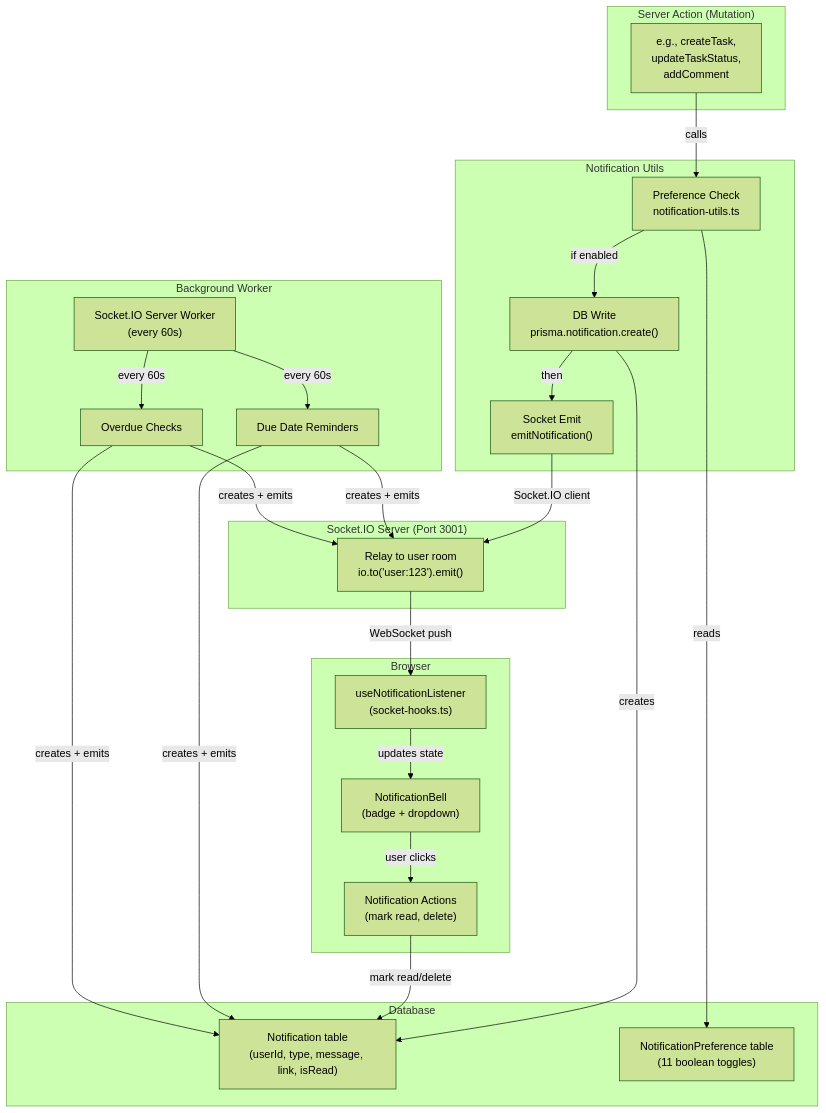
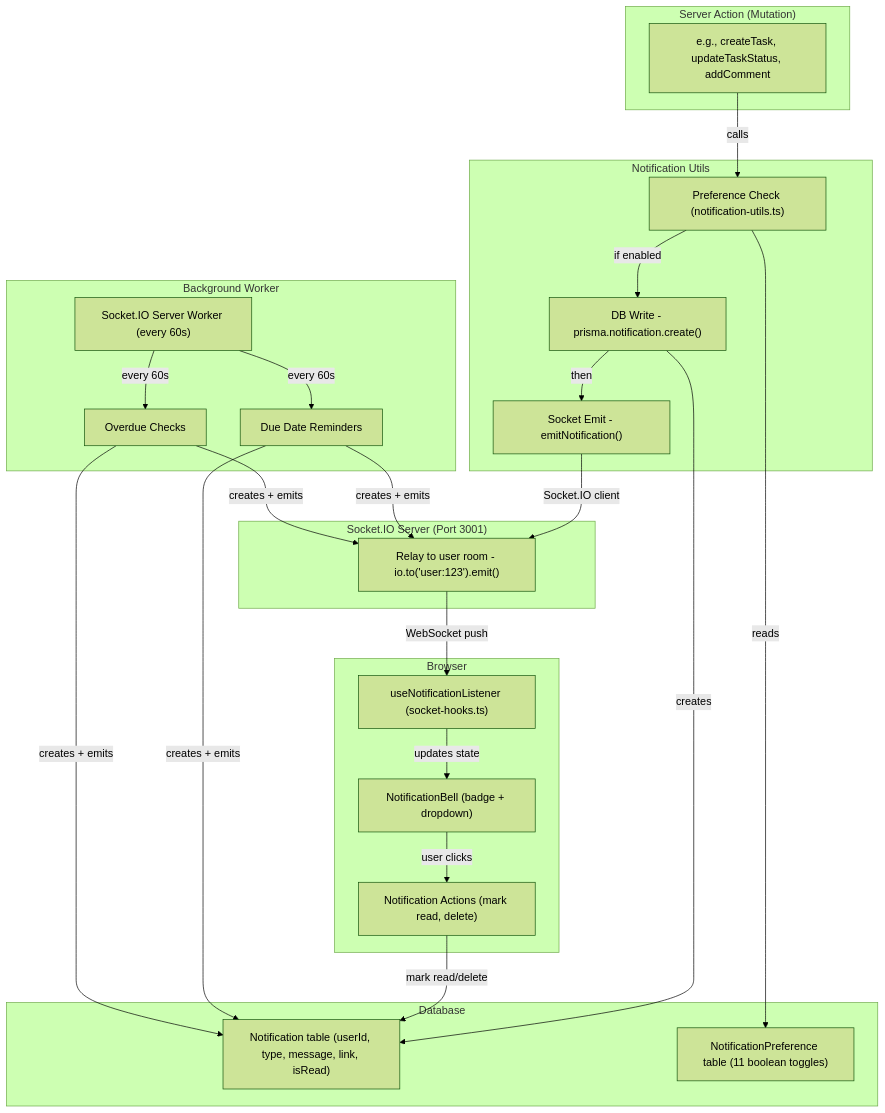
One commit to asefahmed500/Smart-Task-App_IIT_DU_Final_Project changed the first of 5 diagrams in docs/06-notification-system.md. Above: the diagram before and after it, drawn with Mermaid (forest theme). The commit also changed other lines of this file and 8 other files, not shown here.

Commit message:
fix: remove br tags from mermaid diagrams for GitHub rendering

````diff
--- a/docs/06-notification-system.md
+++ b/docs/06-notification-system.md
@@ -24,51 +24,51 @@
 ```mermaid
 graph TB
     subgraph "Server Action (Mutation)"
-        MUTATION["e.g., createTask,<br/>updateTaskStatus,<br/>addComment"]
+        MUTATION["e.g., createTask, updateTaskStatus, addComment"]
     end
 
     subgraph "Notification Utils"
-        PREF_CHECK["Preference Check<br/>notification-utils.ts"]
-        DB_WRITE["DB Write<br/>prisma.notification.create()"]
-        SOCKET_EMIT["Socket Emit<br/>emitNotification()"]
+        PREF_CHECK["Preference Check (notification-utils.ts)"]
+        DB_WRITE["DB Write - prisma.notification.create()"]
+        SOCKET_EMIT["Socket Emit - emitNotification()"]
     end
 
     subgraph "Socket.IO Server (Port 3001)"
-        RELAY["Relay to user room<br/>io.to('user:123').emit()"]
+        RELAY["Relay to user room - io.to('user:123').emit()"]
     end
 
     subgraph "Browser"
-        LISTENER["useNotificationListener<br/>(socket-hooks.ts)"]
-        BELL["NotificationBell<br/>(badge + dropdown)"]
-        ACTIONS["Notification Actions<br/>(mark read, delete)"]
+        LISTENER["useNotificationListener (socket-hooks.ts)"]
+        BELL["NotificationBell (badge + dropdown)"]
+        ACTIONS["Notification Actions (mark read, delete)"]
     end
 
     subgraph "Database"
-        NOTIF_TABLE["Notification table<br/>(userId, type, message, link, isRead)"]
-        PREF_TABLE["NotificationPreference table<br/>(11 boolean toggles)"]
+        NOTIF_TABLE["Notification table (userId, type, message, link, isRead)"]
+        PREF_TABLE["NotificationPreference table (11 boolean toggles)"]
     end
 
     subgraph "Background Worker"
-        WORKER["Socket.IO Server Worker<br/>(every 60s)"]
+        WORKER["Socket.IO Server Worker (every 60s)"]
         DUE["Due Date Reminders"]
         OVERDUE["Overdue Checks"]
     end
 
     MUTATION -->|"calls"| PREF_CHECK
     PREF_CHECK -->|"reads"| PREF_TABLE
     PREF_CHECK -->|"if enabled"| DB_WRITE
     DB_WRITE -->|"creates"| NOTIF_TABLE
     DB_WRITE -->|"then"| SOCKET_EMIT
     SOCKET_EMIT -->|"Socket.IO client"| RELAY
     RELAY -->|"WebSocket push"| LISTENER
     LISTENER -->|"updates state"| BELL
     BELL -->|"user clicks"| ACTIONS
     ACTIONS -->|"mark read/delete"| NOTIF_TABLE
 
     WORKER -->|"every 60s"| DUE
     WORKER -->|"every 60s"| OVERDUE
     DUE -->|"creates + emits"| NOTIF_TABLE
     DUE -->|"creates + emits"| RELAY
     OVERDUE -->|"creates + emits"| NOTIF_TABLE
     OVERDUE -->|"creates + emits"| RELAY
 ```
````
